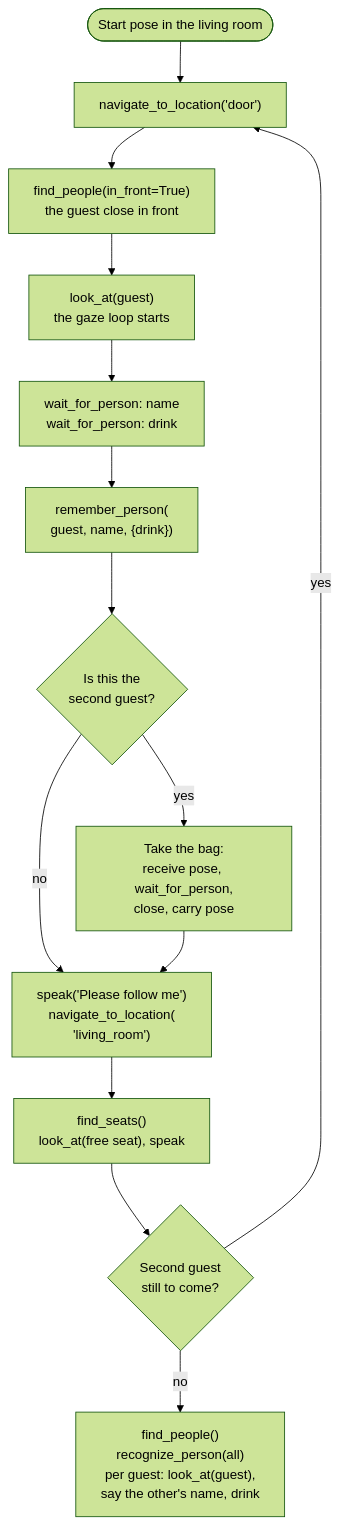
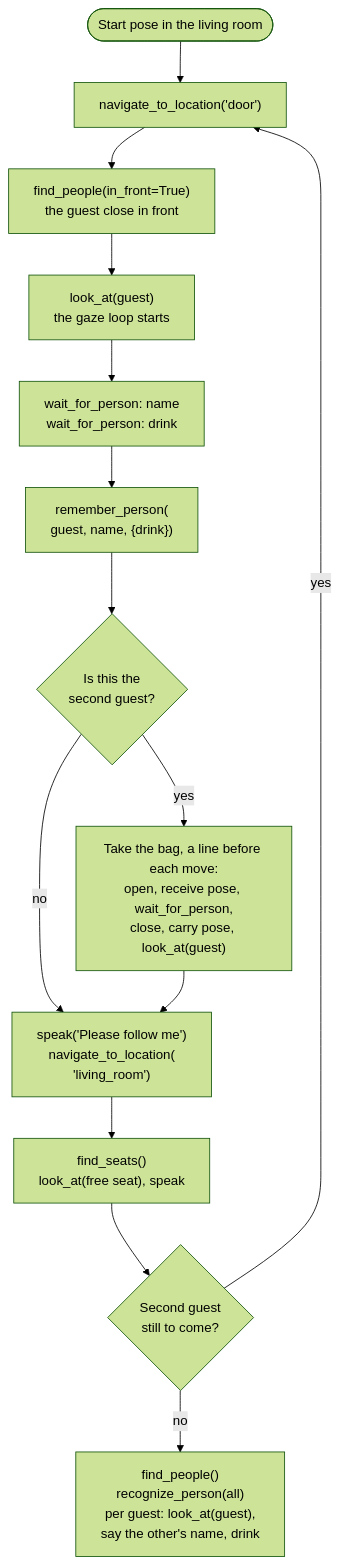
Before and after one commit to EIC-Robocup-2026/walkie-agent-ros: the first of 4 diagrams in docs/architecture/hri.md, drawn with Mermaid (forest theme). The commit also changed other lines of this file and 5 other files, not shown here.

First line of the commit message:
fix: ask a question only with wait_for_person, and spell out the hri steps runs skipped

````diff
--- a/docs/architecture/hri.md
+++ b/docs/architecture/hri.md
@@ -93,16 +93,16 @@
 ```mermaid
 flowchart TB
     start(["Start pose in the living room"]) --> door["navigate_to_location('door')"]
     door --> find["find_people(in_front=True)<br/>the guest close in front"]
     find --> look["look_at(guest)<br/>the gaze loop starts"]
     look --> ask["wait_for_person: name<br/>wait_for_person: drink"]
     ask --> mem["remember_person(<br/>guest, name, {drink})"]
     mem --> second{"Is this the<br/>second guest?"}
-    second -->|"yes"| bag["Take the bag:<br/>receive pose, wait_for_person,<br/>close, carry pose"]
+    second -->|"yes"| bag["Take the bag, a line before each move:<br/>open, receive pose, wait_for_person,<br/>close, carry pose, look_at(guest)"]
     second -->|"no"| guide
     bag --> guide["speak('Please follow me')<br/>navigate_to_location(<br/>'living_room')"]
     guide --> seats["find_seats()<br/>look_at(free seat), speak"]
     seats --> more{"Second guest<br/>still to come?"}
     more -->|"yes"| door
     more -->|"no"| intro["find_people()<br/>recognize_person(all)<br/>per guest: look_at(guest),<br/>say the other's name, drink"]
 ```
````
